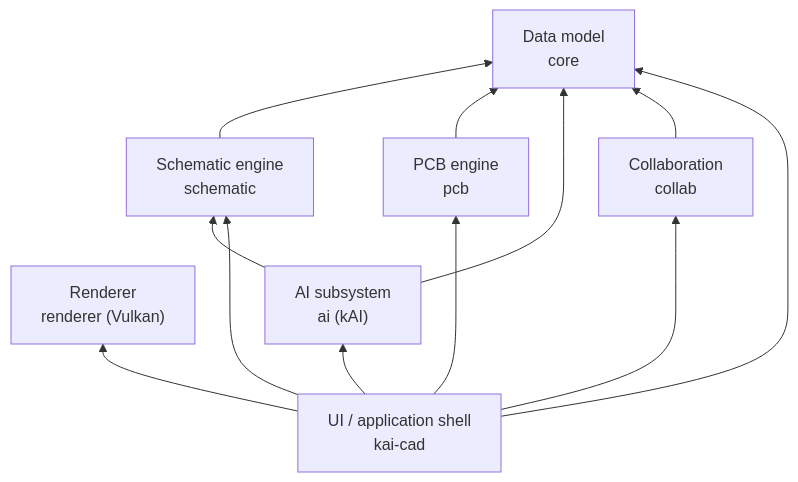
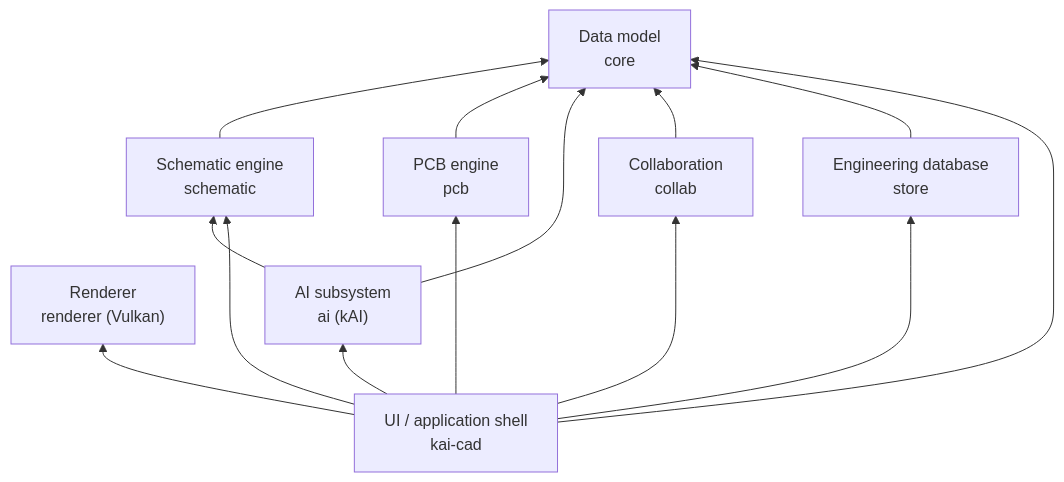
One commit to sneakylizard123-4/KaiCad changed the second of 3 diagrams in docs/ARCHITECTURE.md. Above: the diagram before and after it, drawn with Mermaid. The commit also changed other lines of this file and 17 other files, not shown here.

First line of the commit message:
feat(store): add SQLite engineering database with project CRUD

````diff
--- a/docs/ARCHITECTURE.md
+++ b/docs/ARCHITECTURE.md
@@ -50,22 +53,25 @@
 ```mermaid
 flowchart BT
     data["Data model<br/>core"]
     schematic["Schematic engine<br/>schematic"]
     pcb["PCB engine<br/>pcb"]
     render["Renderer<br/>renderer (Vulkan)"]
     ai["AI subsystem<br/>ai (kAI)"]
     collab["Collaboration<br/>collab"]
+    store["Engineering database<br/>store"]
     ui["UI / application shell<br/>kai-cad"]
 
     schematic --> data
     pcb --> data
     ai --> data
     ai --> schematic
     collab --> data
+    store --> data
     ui --> data
     ui --> schematic
     ui --> pcb
     ui --> render
     ui --> ai
     ui --> collab
+    ui --> store
 ```
````
